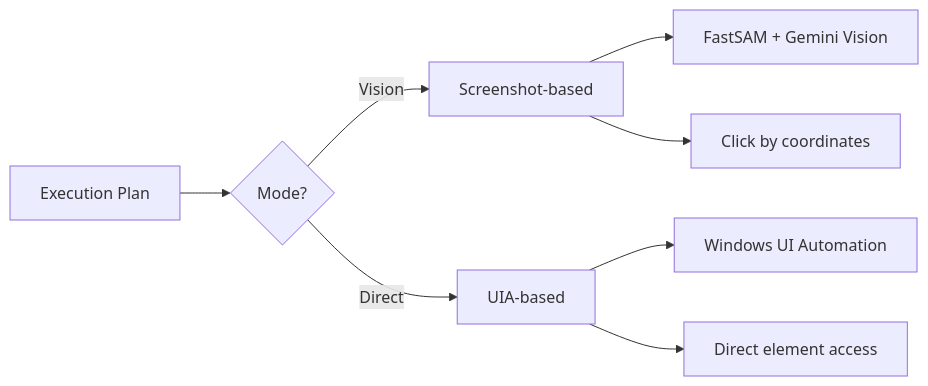
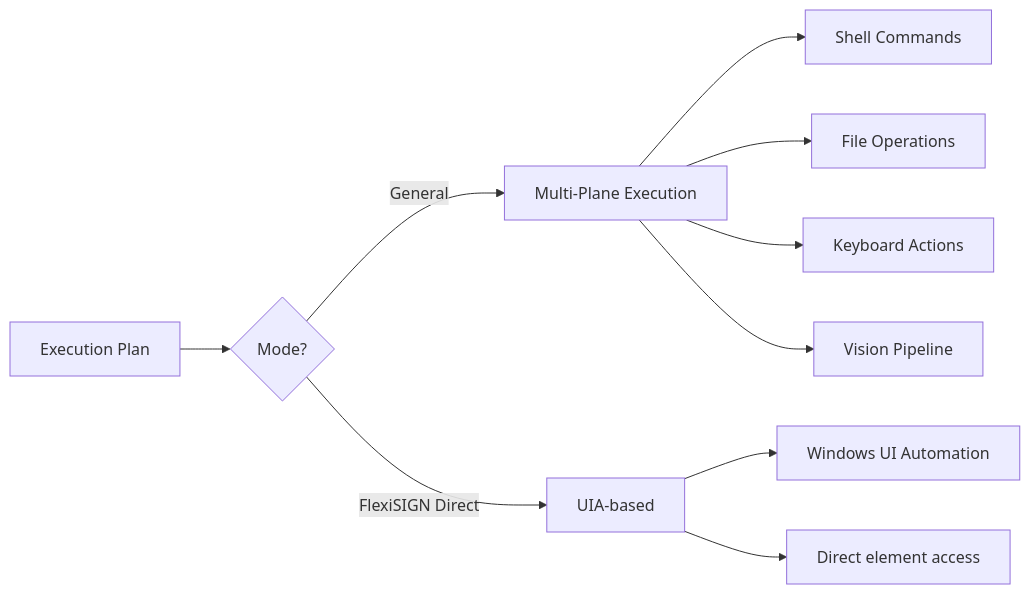
The sixth of 7 diagrams in PROJECT_DOCUMENTATION.md (Bada-Don/Jarvis), drawn with Mermaid before and after one commit. The commit also changed other lines of this file and 2 other files, not shown here.

````diff
--- a/PROJECT_DOCUMENTATION.md
+++ b/PROJECT_DOCUMENTATION.md
@@ -183,12 +267,14 @@
 ```mermaid
 flowchart LR
     A[Execution Plan] --> B{Mode?}
-    B -->|Vision| C[Screenshot-based]
-    B -->|Direct| D[UIA-based]
+    B -->|General| C[Multi-Plane Execution]
+    B -->|FlexiSIGN Direct| D[UIA-based]
     
-    C --> E[FastSAM + Gemini Vision]
-    C --> F[Click by coordinates]
+    C --> E[Shell Commands]
+    C --> F[File Operations]
+    C --> G[Keyboard Actions]
+    C --> H[Vision Pipeline]
     
-    D --> G[Windows UI Automation]
-    D --> H[Direct element access]
+    D --> I[Windows UI Automation]
+    D --> J[Direct element access]
 ```
````
